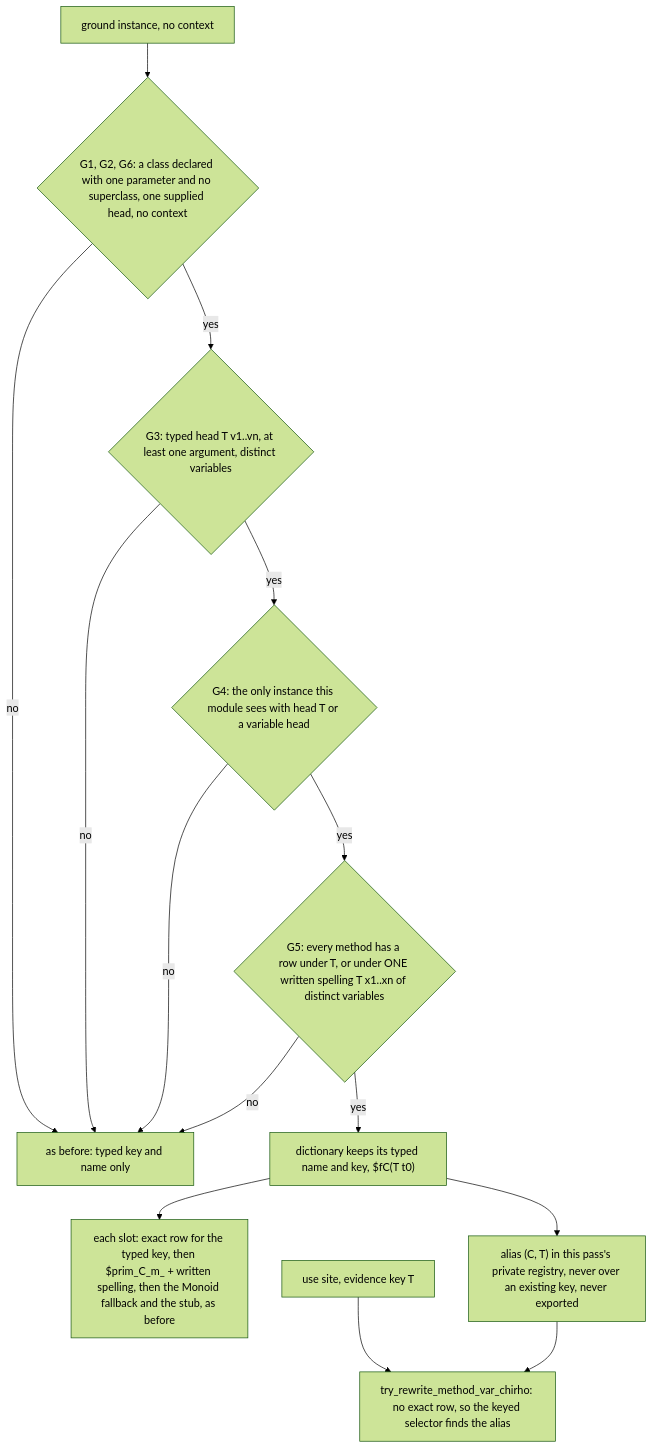
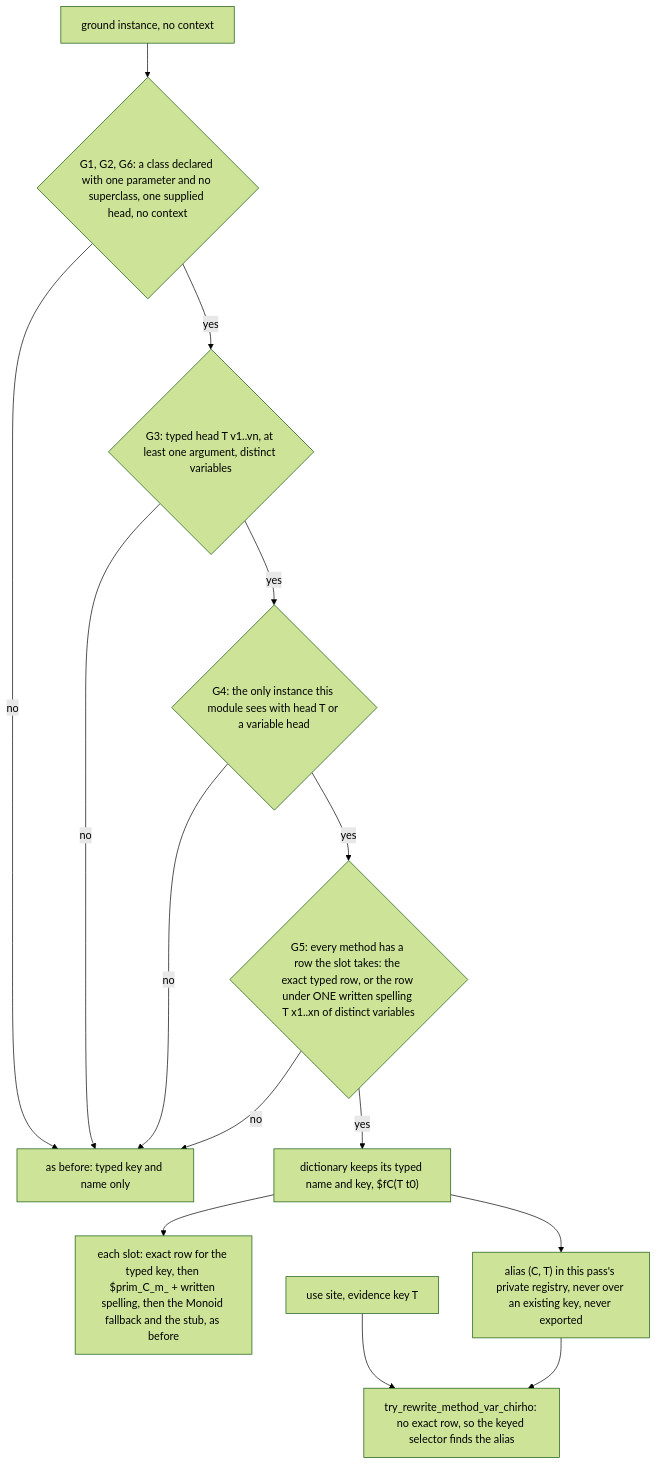
The fifth of 5 diagrams in spec-chirho/workflows-chirho/language-features-chirho/dictionary-evidence-chirho.md (loveJesus/haskelujah-chirho), drawn with Mermaid (forest theme) before and after one commit. The commit also changed other lines of this file and 4 other files, not shown here.

First line of the commit message:
fix(dict): generic-head slot coverage reads the rows the slot lookup takes

````diff
--- a/spec-chirho/workflows-chirho/language-features-chirho/dictionary-evidence-chirho.md
+++ b/spec-chirho/workflows-chirho/language-features-chirho/dictionary-evidence-chirho.md
@@ -192,16 +192,16 @@
 ```mermaid
 flowchart TD
     inst_chirho[ground instance, no context] --> g1_chirho{G1, G2, G6: a class declared with one parameter and no superclass, one supplied head, no context}
     g1_chirho -- no --> typed_chirho[as before: typed key and name only]
     g1_chirho -- yes --> g3_chirho{G3: typed head T v1..vn, at least one argument, distinct variables}
     g3_chirho -- no --> typed_chirho
     g3_chirho -- yes --> g4_chirho{G4: the only instance this module sees with head T or a variable head}
     g4_chirho -- no --> typed_chirho
-    g4_chirho -- yes --> g5_chirho{G5: every method has a row under T, or under ONE written spelling T x1..xn of distinct variables}
+    g4_chirho -- yes --> g5_chirho{G5: every method has a row the slot takes: the exact typed row, or the row under ONE written spelling T x1..xn of distinct variables}
     g5_chirho -- no --> typed_chirho
     g5_chirho -- yes --> dict_chirho["dictionary keeps its typed name and key, $fC(T t0)"]
     dict_chirho --> slot_chirho["each slot: exact row for the typed key, then $prim_C_m_ + written spelling, then the Monoid fallback and the stub, as before"]
     dict_chirho --> alias_chirho["alias (C, T) in this pass's private registry, never over an existing key, never exported"]
     use_chirho[use site, evidence key T] --> selector_chirho[try_rewrite_method_var_chirho: no exact row, so the keyed selector finds the alias]
     alias_chirho --> selector_chirho
 ```
````
